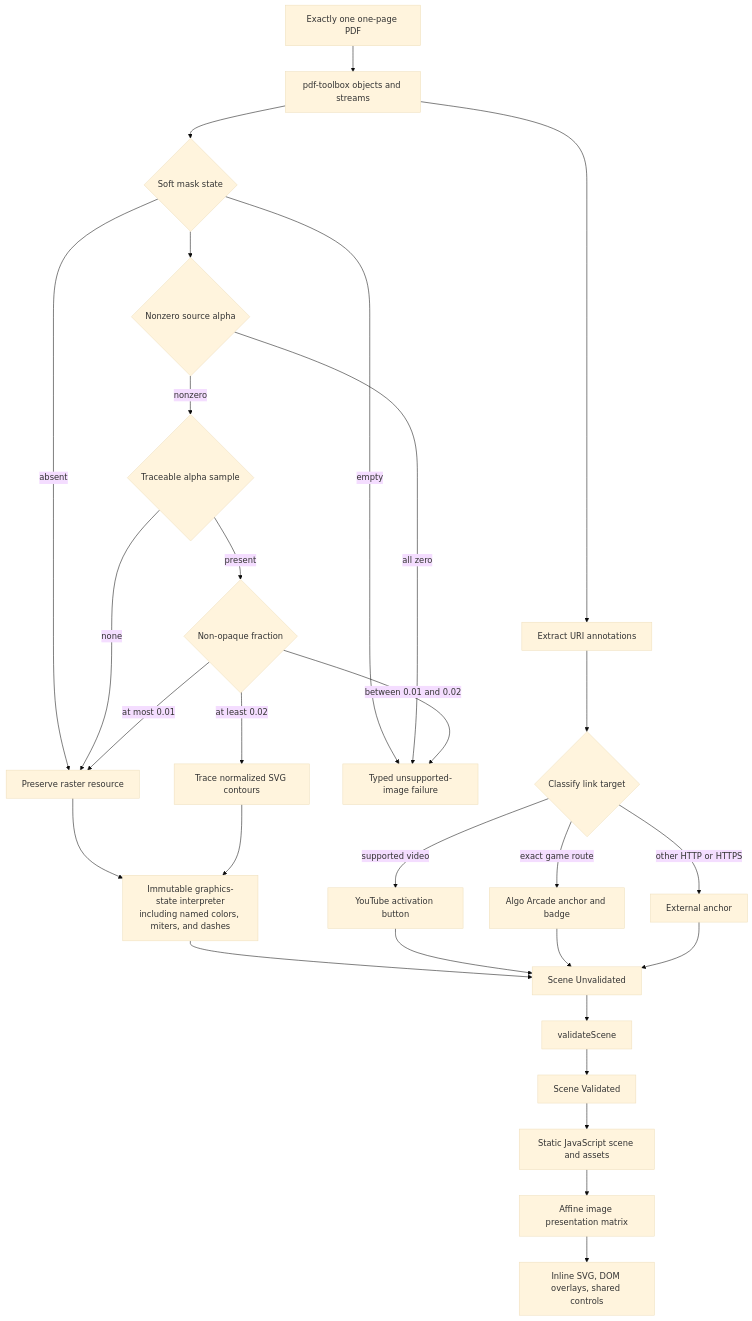
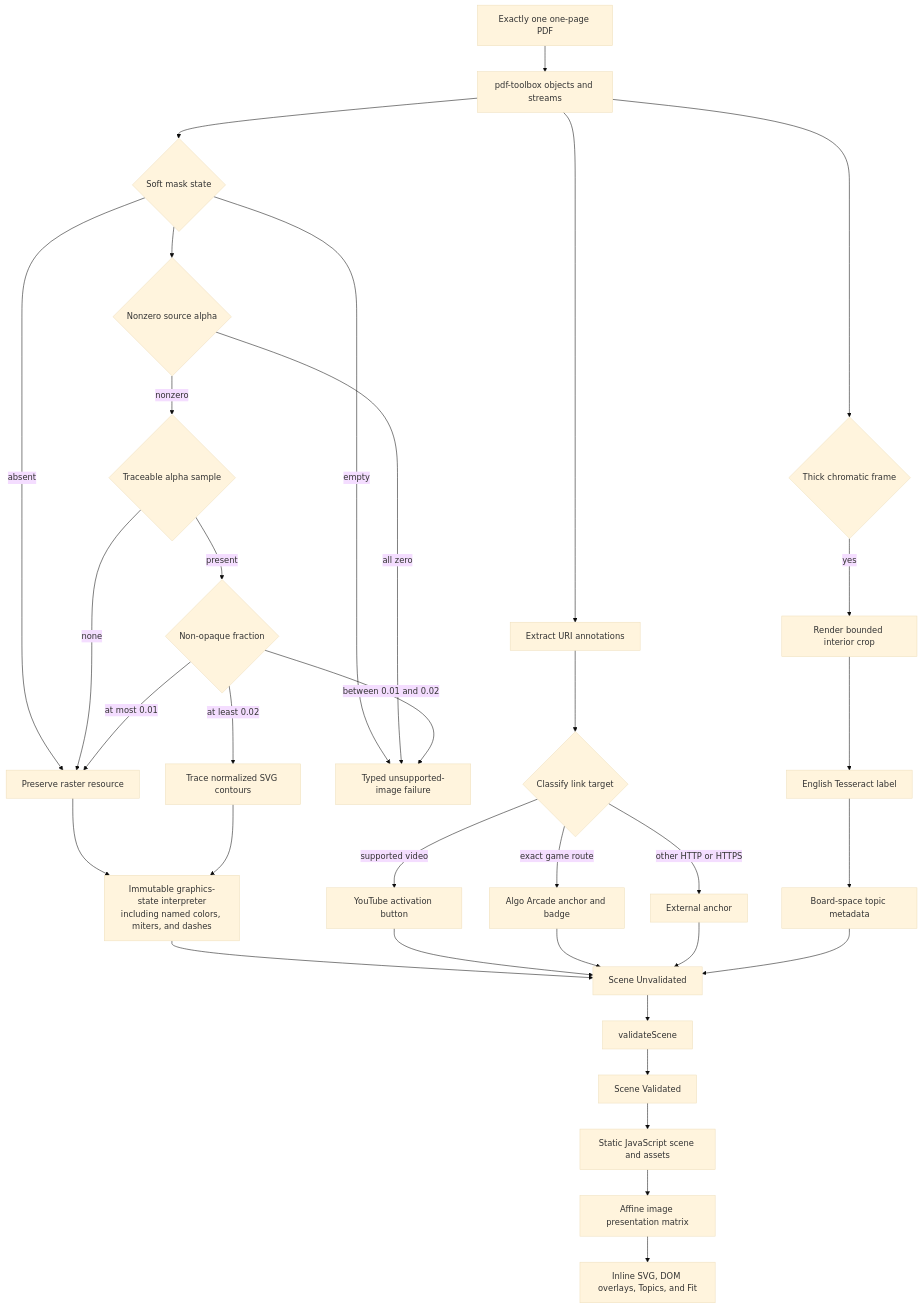
The third of 3 diagrams in docs/architecture.md (bajor/notes-website-factory), drawn with Mermaid (base theme) before and after one commit. The commit also changed other lines of this file and 11 other files, not shown here.

Commit message:
Document OCR topic navigation

````diff
--- a/docs/architecture.md
+++ b/docs/architecture.md
@@ -76,47 +81,54 @@
 ```mermaid
 flowchart TD
   Input[Exactly one one-page PDF]
   Parse[pdf-toolbox objects and streams]
   Mask{Soft mask state}
   SourceAlpha{Nonzero source alpha}
   Traceable{Traceable alpha sample}
   Fraction{Non-opaque fraction}
   Raster[Preserve raster resource]
   Vector[Trace normalized SVG contours]
   Reject[Typed unsupported-image failure]
   Links[Extract URI annotations]
+  Frame{Thick chromatic frame}
+  Crop[Render bounded interior crop]
+  OCR[English Tesseract label]
+  Topic[Board-space topic metadata]
   Target{Classify link target}
   YouTube[YouTube activation button]
   Game[Algo Arcade anchor and badge]
   External[External anchor]
   Interpret[Immutable graphics-state interpreter<br/>including named colors, miters, and dashes]
   Raw[Scene Unvalidated]
   Validate[validateScene]
   Valid[Scene Validated]
   Emit[Static JavaScript scene and assets]
   Affine[Affine image presentation matrix]
-  Browser[Inline SVG, DOM overlays, shared controls]
+  Browser[Inline SVG, DOM overlays, Topics, and Fit]
 
   Input --> Parse --> Mask
+  Parse --> Frame
+  Frame -->|yes| Crop --> OCR --> Topic
   Parse --> Links --> Target
   Mask -->|absent| Raster
   Mask -->|empty| Reject
   Mask --> SourceAlpha
   SourceAlpha -->|all zero| Reject
   SourceAlpha -->|nonzero| Traceable
   Traceable -->|none| Raster
   Traceable -->|present| Fraction
   Fraction -->|at most 0.01| Raster
   Fraction -->|between 0.01 and 0.02| Reject
   Fraction -->|at least 0.02| Vector
   Target -->|supported video| YouTube
   Target -->|exact game route| Game
   Target -->|other HTTP or HTTPS| External
   Raster --> Interpret
   Vector --> Interpret
   Interpret --> Raw
   YouTube --> Raw
   Game --> Raw
   External --> Raw
+  Topic --> Raw
   Raw --> Validate --> Valid --> Emit --> Affine --> Browser
 ```
````
